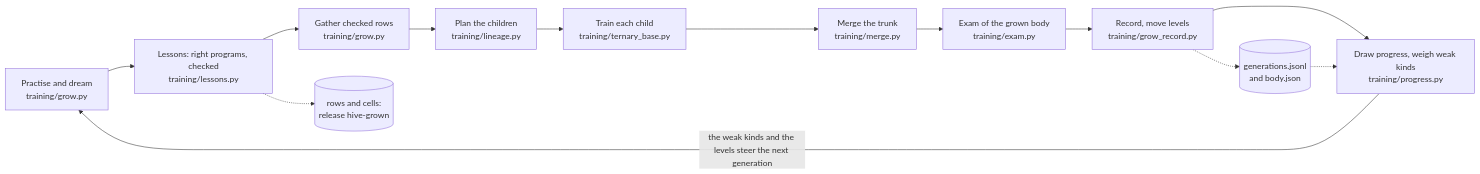
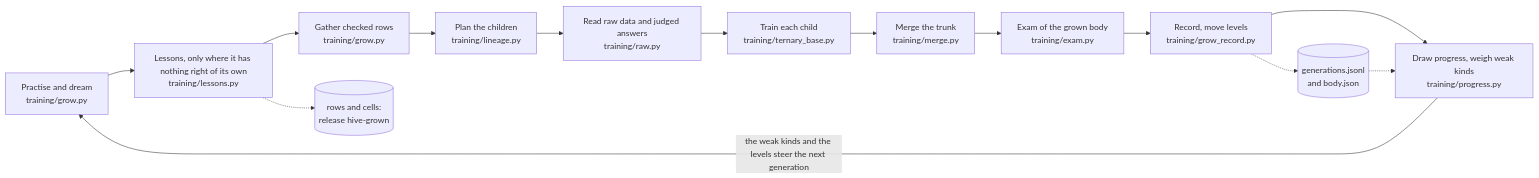
Before and after one commit to Arnav123-s/HiveMIND: the first of 3 diagrams in docs/KNOWLEDGE.md, drawn with Mermaid. The commit also changed other lines of this file and 6 other files, not shown here.

````diff
--- a/docs/KNOWLEDGE.md
+++ b/docs/KNOWLEDGE.md
@@ -11,26 +11,28 @@
 ```mermaid
 flowchart LR
   practise["Practise and dream<br/>training/grow.py"]
-  lessons["Lessons: right programs, checked<br/>training/lessons.py"]
+  lessons["Lessons, only where it has nothing right of its own<br/>training/lessons.py"]
   gather["Gather checked rows<br/>training/grow.py"]
   plan["Plan the children<br/>training/lineage.py"]
+  read["Read raw data and judged answers<br/>training/raw.py"]
   trainc["Train each child<br/>training/ternary_base.py"]
   trunk["Merge the trunk<br/>training/merge.py"]
   pulse["Exam of the grown body<br/>training/exam.py"]
   recordg["Record, move levels<br/>training/grow_record.py"]
   graphs["Draw progress, weigh weak kinds<br/>training/progress.py"]
   practise --> lessons
   lessons --> gather
   gather --> plan
-  plan --> trainc
+  plan --> read
+  read --> trainc
   trainc --> trunk
   trunk --> pulse
   pulse --> recordg
   recordg --> graphs
   graphs -->|the weak kinds and the levels steer the next generation| practise
   rel[(rows and cells:<br/>release hive-grown)]
   rec[(generations.jsonl<br/>and body.json)]
   lessons -.-> rel
   recordg -.-> rec
   rec -.-> graphs
 ```
````
